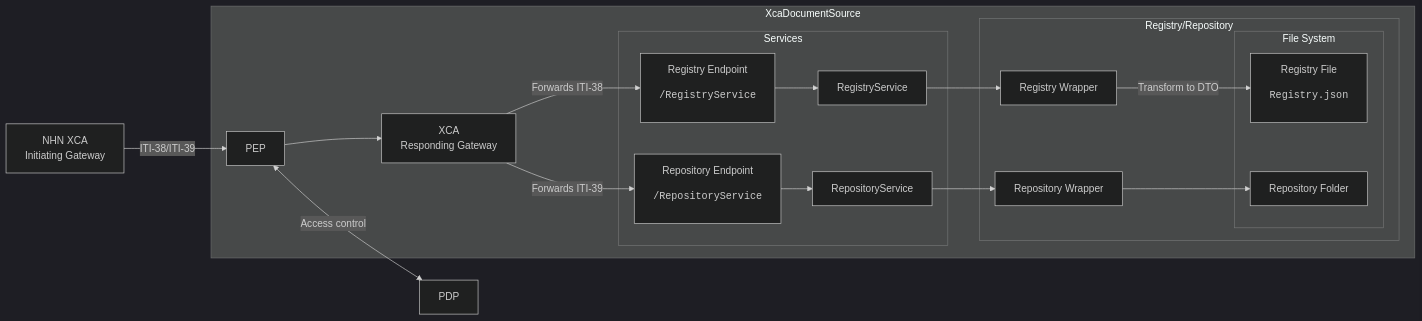
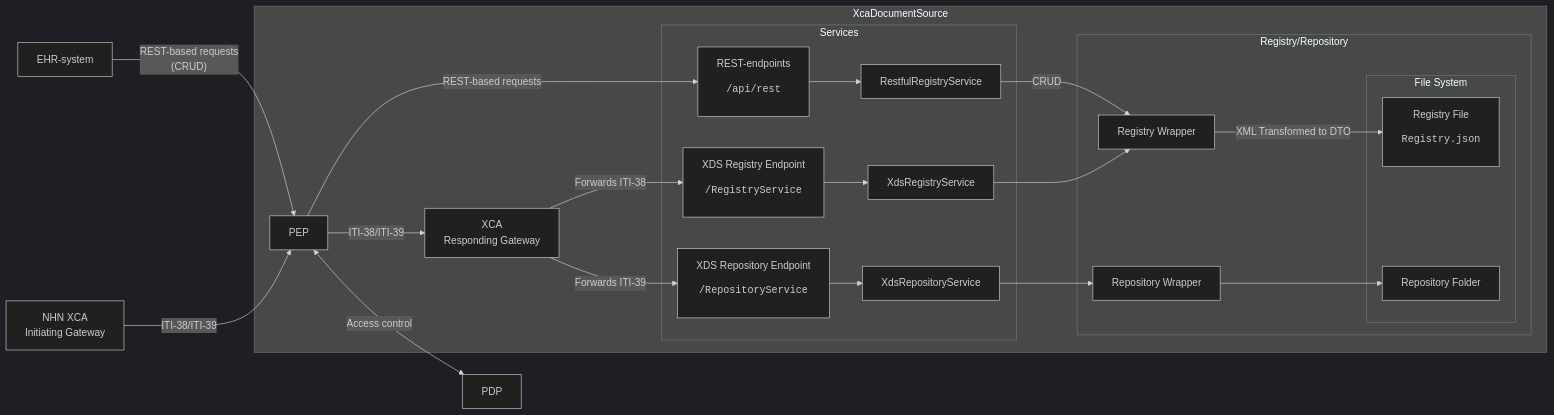
One commit to timmo-nhn/XcaDocumentSource changed the first of 3 diagrams in Docs/TechnicalImplementation.md. Above: the diagram before and after it, drawn with Mermaid. The commit also changed other lines of this file and 46 other files, not shown here.

Commit message:
lots of progess on rest based stuff. better handling of fetching document registry content. updated documentation

````diff
--- a/Docs/TechnicalImplementation.md
+++ b/Docs/TechnicalImplementation.md
@@ -18,45 +18,59 @@
 ```mermaid
 %%{init: {'theme':'dark'}}%%
 
 flowchart LR
 
 nhnxca[NHN XCA <br> Initiating Gateway]
 
+epr[EHR-system]
+
+
 subgraph "XcaDocumentSource"
     pep[PEP]
     xcares[XCA<br>Responding Gateway]
 
     subgraph "Services"
-        regep[Registry Endpoint<br><pre>/RegistryService]
-        repep[Repository Endpoint<br><pre>/RepositoryService]
-        regs[RegistryService]
-        reps[RepositoryService]
+        restep["REST-endpoints<br><pre>/api/rest"]
+        regep[XDS Registry Endpoint<br><pre>/RegistryService]
+        repep[XDS Repository Endpoint<br><pre>/RepositoryService]
+
+        rests["RestfulRegistryService"]
+
+        regs[XdsRegistryService]
+        reps[XdsRepositoryService]
     end
 
     subgraph "Registry/Repository"
         regw[Registry Wrapper]
         repw[Repository Wrapper]
         subgraph "File System"
             regfile[Registry File<br><pre>Registry.json]
             repfol[Repository Folder]
         end
     end
 end
 
+epr--REST-based requests<br>(CRUD)-->pep--REST-based requests-->restep
+
 nhnxca --ITI-38/ITI-39--> pep
 
-pep --> xcares
+pep --ITI-38/ITI-39--> xcares
 pep <--Access control--> PDP
 
 xcares --Forwards ITI-38--> regep
 xcares --Forwards ITI-39--> repep
 
 regep --> regs
 repep --> reps
 
+restep --> rests
+
+rests --CRUD--> regw
+
 regs --> regw
 reps --> repw
 
-regw--Transform to DTO-->regfile
+
+regw--XML Transformed to DTO-->regfile
 repw-->repfol
 ```
````
